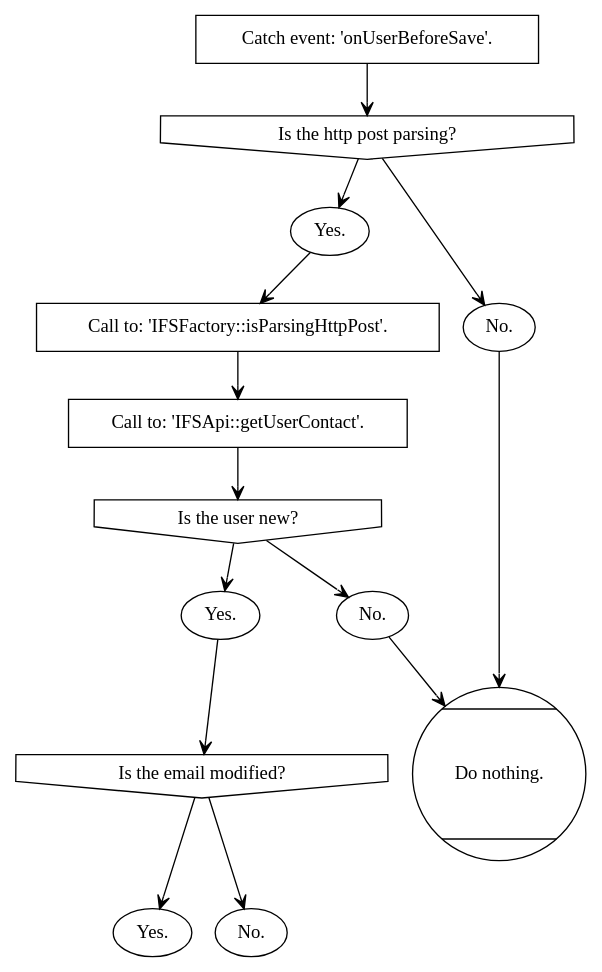
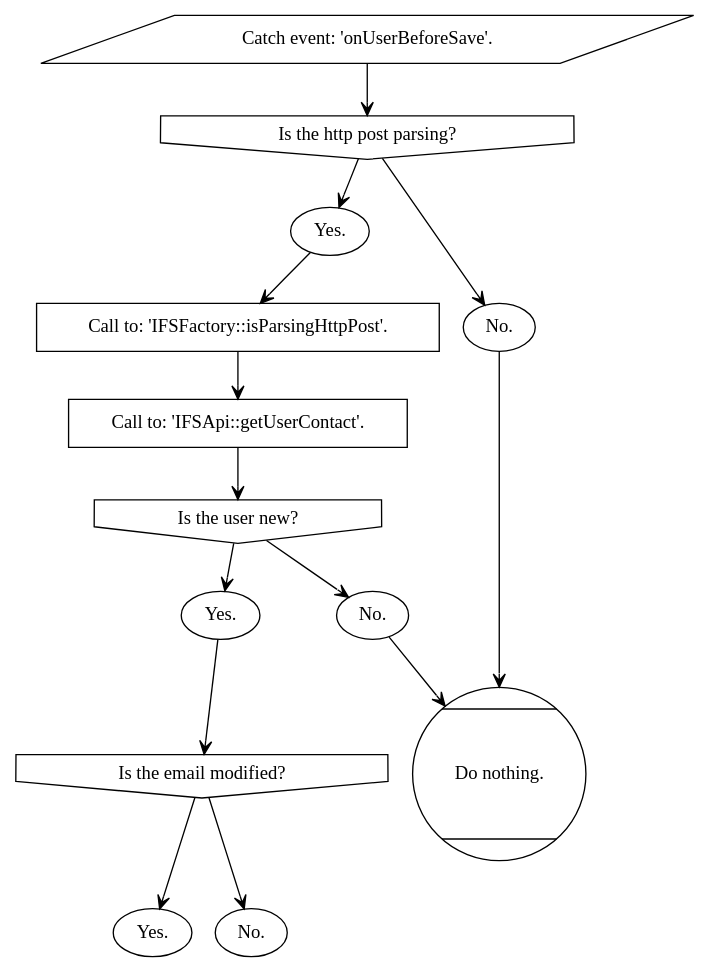
The first of 2 diagrams in docs/procedures/upload_user.rst (treste91/JoomFuse), drawn with Graphviz before and after one commit. The commit also changed other lines of this file, not shown here.

```diff
--- a/docs/procedures/upload_user.rst
+++ b/docs/procedures/upload_user.rst
@@ -7,33 +7,33 @@
 .. graphviz::
 
    digraph {
         
-      1 [label="Catch event: 'onUserBeforeSave'." shape=trapeziod]
+      1 [label="Catch event: 'onUserBeforeSave'." shape=parallelogram]
       2 [label="Is the http post parsing?" shape=invhouse]
       3 [label="Yes." shape=oval]
       4 [label="No." shape=oval]
       5 [label="Call to: 'IFSFactory::isParsingHttpPost'." shape=rectangle]
       6 [label="Call to: 'IFSApi::getUserContact'." shape=rectangle]
       7 [label="Is the user new?" shape=invhouse]
       8 [label="Yes." shape=oval]
       9 [label="No." shape=oval]
       10 [label="Is the email modified?" shape=invhouse]
       11 [label="Yes." shape=oval]
       12 [label="No." shape=oval]
       13 [label="Do nothing." shape=Mcircle]
 
       1 -> 2 [arrowhead=vee arrowsize=1]
       2 -> 3 [arrowhead=vee arrowsize=1]
       2 -> 4 [arrowhead=vee arrowsize=1]
       4 -> 13 [arrowhead=vee arrowsize=1]
       3 -> 5 [arrowhead=vee arrowsize=1]
       5 -> 6 [arrowhead=vee arrowsize=1]
       6 -> 7 [arrowhead=vee arrowsize=1]
       7 -> 8 [arrowhead=vee arrowsize=1]
       7 -> 9 [arrowhead=vee arrowsize=1]
       9 -> 13 [arrowhead=vee arrowsize=1]
       8 -> 10 [arrowhead=vee arrowsize=1]
       10 -> 11 [arrowhead=vee arrowsize=1]
       10 -> 12 [arrowhead=vee arrowsize=1]
       
    }
```
